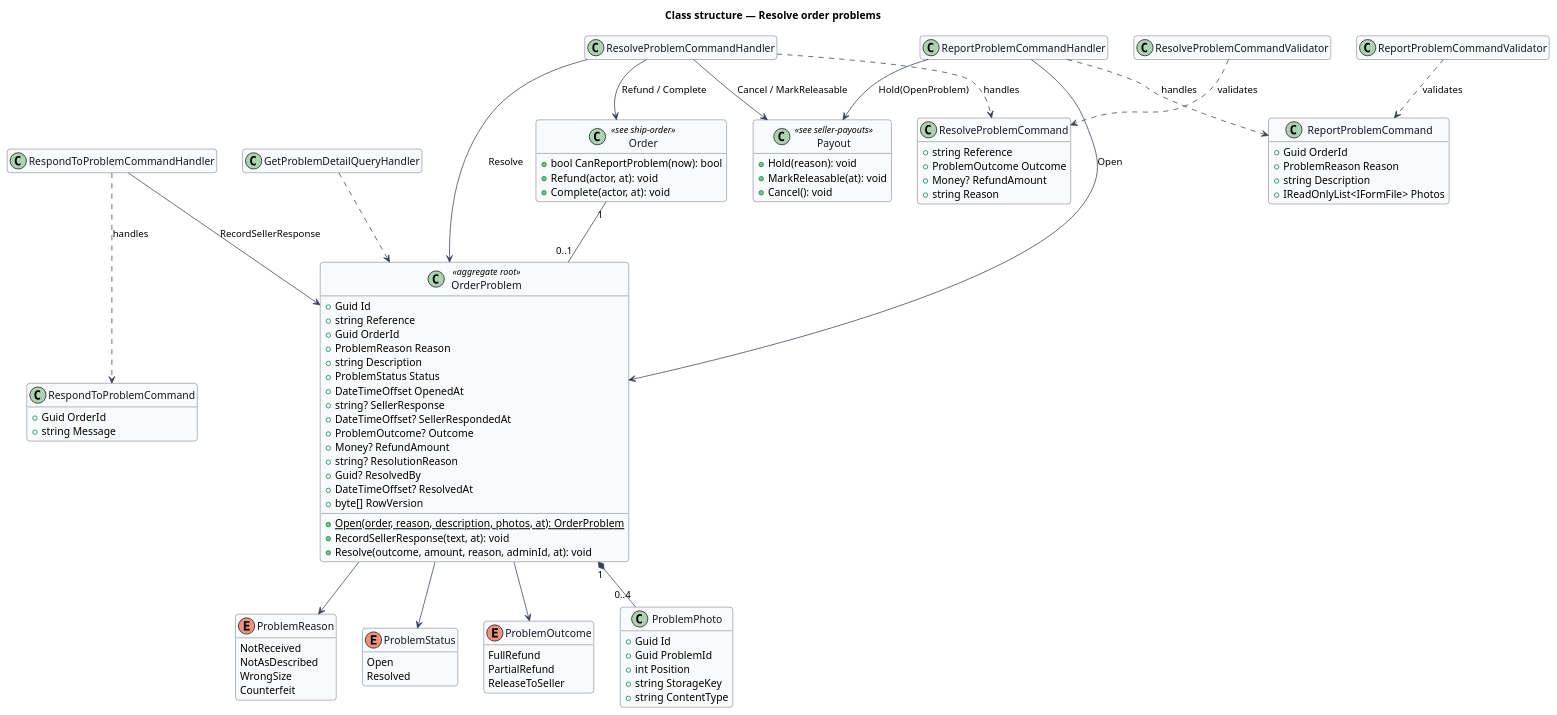
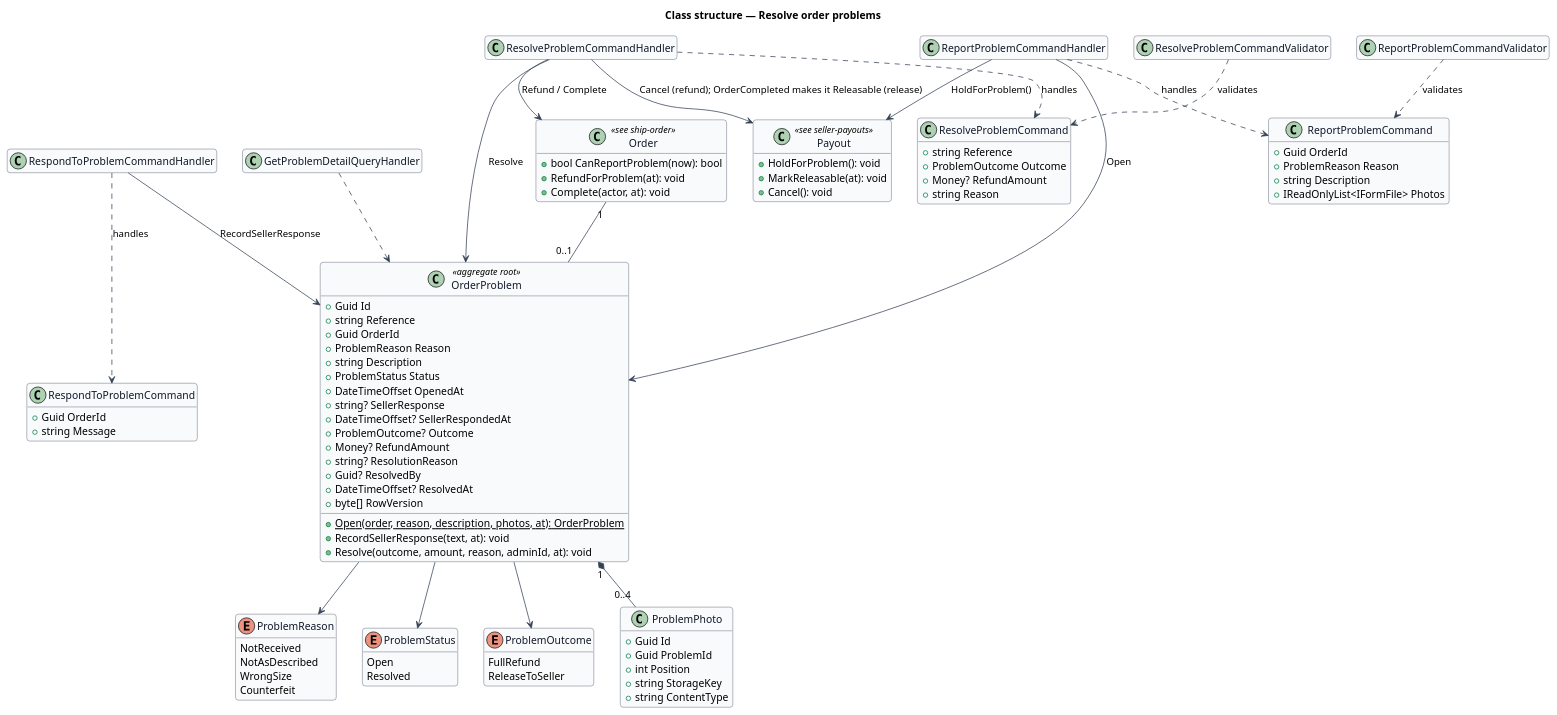
One commit to QuinntyneBrown/12l changed the diagram in docs/detailed-designs/orders/resolve-order-problems/diagrams/class-structure.puml. Above: the diagram before and after it, drawn with PlantUML. The commit also changed 76 other files, not shown here.

Commit message:
Document resolve-order-problems: design, ADR orders/0007, L2-036, design system, composition, mocks, estimates

```diff
--- a/docs/detailed-designs/orders/resolve-order-problems/diagrams/class-structure.puml
+++ b/docs/detailed-designs/orders/resolve-order-problems/diagrams/class-structure.puml
@@ -1,106 +1,105 @@
 @startuml
 skinparam backgroundColor #FFFFFF
 skinparam shadowing false
 skinparam roundcorner 8
 skinparam defaultFontName Arial
 skinparam ArrowColor #344054
 skinparam class {
   BorderColor #344054
   FontColor #101828
   BackgroundColor #F9FAFB
 }
 hide empty members
 title Class structure — Resolve order problems
 
 enum ProblemReason {
   NotReceived
   NotAsDescribed
   WrongSize
   Counterfeit
 }
 enum ProblemStatus {
   Open
   Resolved
 }
 enum ProblemOutcome {
   FullRefund
-  PartialRefund
   ReleaseToSeller
 }
 class OrderProblem <<aggregate root>> {
   +Guid Id
   +string Reference
   +Guid OrderId
   +ProblemReason Reason
   +string Description
   +ProblemStatus Status
   +DateTimeOffset OpenedAt
   +string? SellerResponse
   +DateTimeOffset? SellerRespondedAt
   +ProblemOutcome? Outcome
   +Money? RefundAmount
   +string? ResolutionReason
   +Guid? ResolvedBy
   +DateTimeOffset? ResolvedAt
   +byte[] RowVersion
   +{static} Open(order, reason, description, photos, at): OrderProblem
   +RecordSellerResponse(text, at): void
   +Resolve(outcome, amount, reason, adminId, at): void
 }
 class ProblemPhoto {
   +Guid Id
   +Guid ProblemId
   +int Position
   +string StorageKey
   +string ContentType
 }
 class Order <<see ship-order>> {
   +bool CanReportProblem(now): bool
-  +Refund(actor, at): void
+  +RefundForProblem(at): void
   +Complete(actor, at): void
 }
 class Payout <<see seller-payouts>> {
-  +Hold(reason): void
+  +HoldForProblem(): void
   +MarkReleasable(at): void
   +Cancel(): void
 }
 class ReportProblemCommand {
   +Guid OrderId
   +ProblemReason Reason
   +string Description
   +IReadOnlyList<IFormFile> Photos
 }
 class ReportProblemCommandValidator
 class ReportProblemCommandHandler
 class RespondToProblemCommand {
   +Guid OrderId
   +string Message
 }
 class RespondToProblemCommandHandler
 class ResolveProblemCommand {
   +string Reference
   +ProblemOutcome Outcome
   +Money? RefundAmount
   +string Reason
 }
 class ResolveProblemCommandValidator
 class ResolveProblemCommandHandler
 class GetProblemDetailQueryHandler
 OrderProblem --> ProblemReason
 OrderProblem --> ProblemStatus
 OrderProblem --> ProblemOutcome
 OrderProblem "1" *-- "0..4" ProblemPhoto
 Order "1" -- "0..1" OrderProblem
 ReportProblemCommandHandler ..> ReportProblemCommand : handles
 ReportProblemCommandValidator ..> ReportProblemCommand : validates
 ReportProblemCommandHandler --> OrderProblem : Open
-ReportProblemCommandHandler --> Payout : Hold(OpenProblem)
+ReportProblemCommandHandler --> Payout : HoldForProblem()
 RespondToProblemCommandHandler ..> RespondToProblemCommand : handles
 RespondToProblemCommandHandler --> OrderProblem : RecordSellerResponse
 ResolveProblemCommandHandler ..> ResolveProblemCommand : handles
 ResolveProblemCommandValidator ..> ResolveProblemCommand : validates
 ResolveProblemCommandHandler --> OrderProblem : Resolve
 ResolveProblemCommandHandler --> Order : Refund / Complete
-ResolveProblemCommandHandler --> Payout : Cancel / MarkReleasable
+ResolveProblemCommandHandler --> Payout : Cancel (refund); OrderCompleted makes it Releasable (release)
 GetProblemDetailQueryHandler ..> OrderProblem
 @enduml
```
